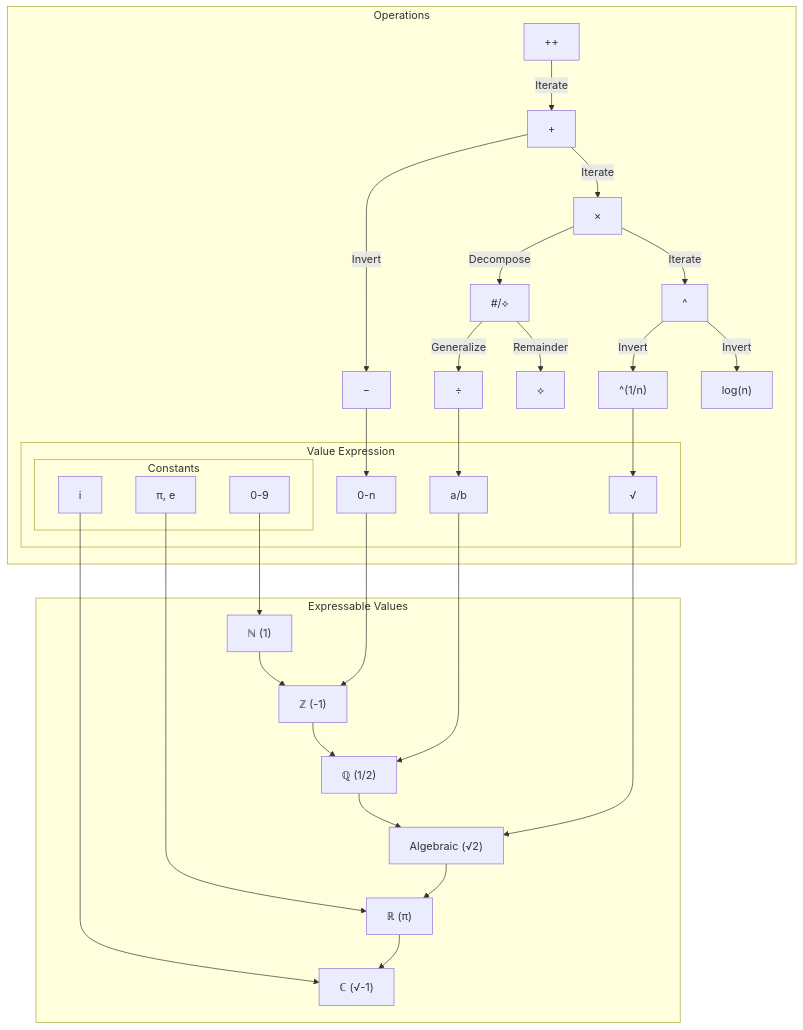
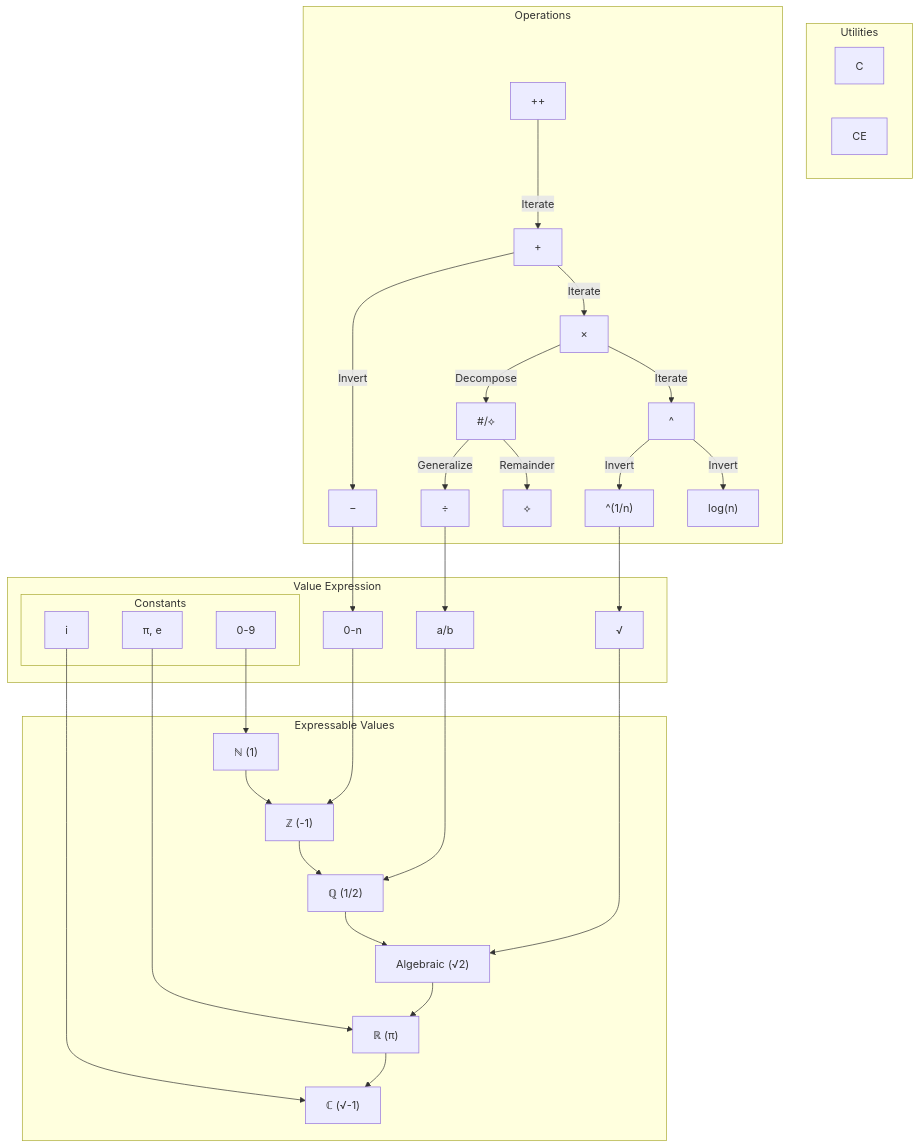
Before and after one commit to Gammapod/AutoCalc: the diagram in design_refs/dependency_map.mmd, drawn with Mermaid. The commit also changed 13 other files, not shown here.

```diff
--- a/design_refs/dependency_map.mmd
+++ b/design_refs/dependency_map.mmd
@@ -1,67 +1,68 @@
 flowchart TD
 
-
+subgraph Inputs ["Value Expression"]
+    Ineg["0-n"]
+    Ifrac["a/b"]
+    Iroot["√"]
+    subgraph Constants ["Constants"]
+        Iim["i"]
+        Ireal["π, e"]
+        Idigits["0-9"]
+    end
+end
+    
+subgraph Utilities ["Utilities"]
+    Uc["C"]
+    Uce["CE"]
+end
 
 subgraph Operations ["Operations"]
     Oinc["++"]
     Oplus["+"]
     Ominus["−"]
     Omul["×"]
     Odiv["÷"]
     Opow["^"]
     Oeudiv["#/⟡"]
     Omod["⟡"]
     Olog["log(n)"]
     Oroot["^(1/n)"]
-    
-    subgraph Inputs ["Value Expression"]
-        Ineg["0-n"]
-        Ifrac["a/b"]
-        Iroot["√"]
-    
-        subgraph Constants ["Constants"]
-            Iim["i"]
-            Ireal["π, e"]
-            Idigits["0-9"]
-        end
-    end
 
     Oinc -->|Iterate| Oplus
 
     Oplus -->|Invert| Ominus
     Oplus -->|Iterate| Omul
 
     Omul -->|Decompose| Oeudiv
     Omul -->|Iterate| Opow
     
     Oeudiv -->|Generalize| Odiv
     Oeudiv -->|Remainder| Omod
 
     Opow -->|Invert| Oroot
     Opow -->|Invert| Olog
 end
 
 subgraph Expressable ["Expressable Values"]
     NN["ℕ (1)"]
     NZ["ℤ (-1)"]
     NQ["ℚ (1/2)"]
     NA["Algebraic (√2)"]
     NR["ℝ (π)"]
     NC["ℂ (√-1)"]
+
+    NN --> NZ --> NQ --> NA --> NR --> NC
 end
 
-    NN --> NZ --> NQ --> NA --> NR --> NC
     
-    Idigits --> NN
-    
-    Ineg --> NZ
-    Ominus --> Ineg
-    Odiv --> Ifrac
-    Oroot --> Iroot
-    
-    Ifrac --> NQ
-    
-    Iroot --> NA
-    Ireal --> NR
+Idigits --> NN
 
-    Iim --> NC
+Ineg --> NZ
+Ominus --> Ineg
+Odiv --> Ifrac
+Oroot --> Iroot
+
+Ifrac --> NQ
+Iroot --> NA
+Ireal --> NR
+Iim --> NC
```
